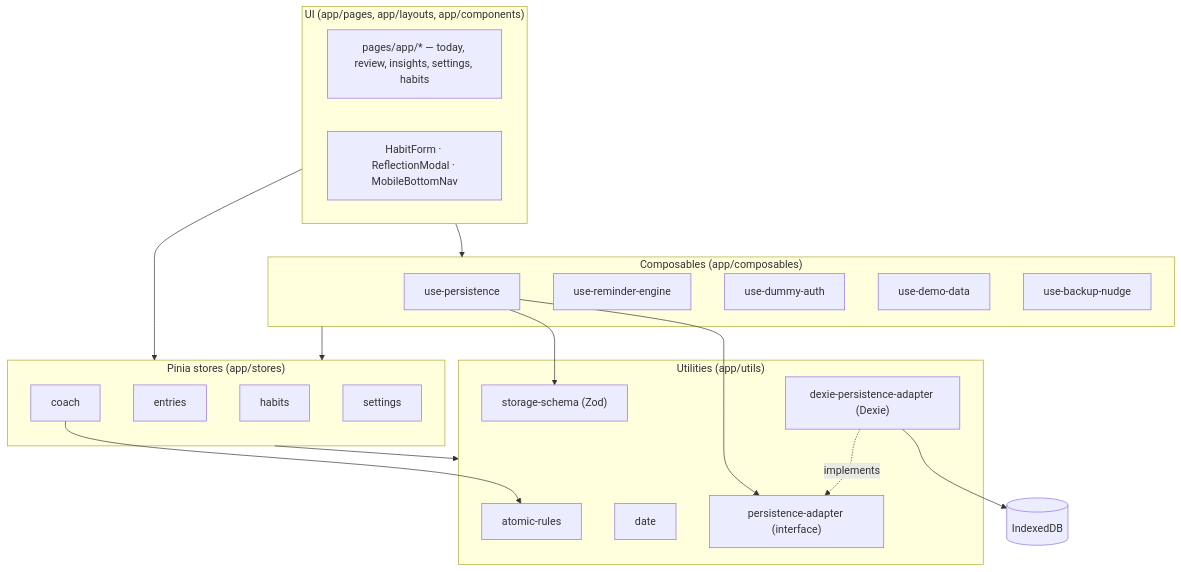
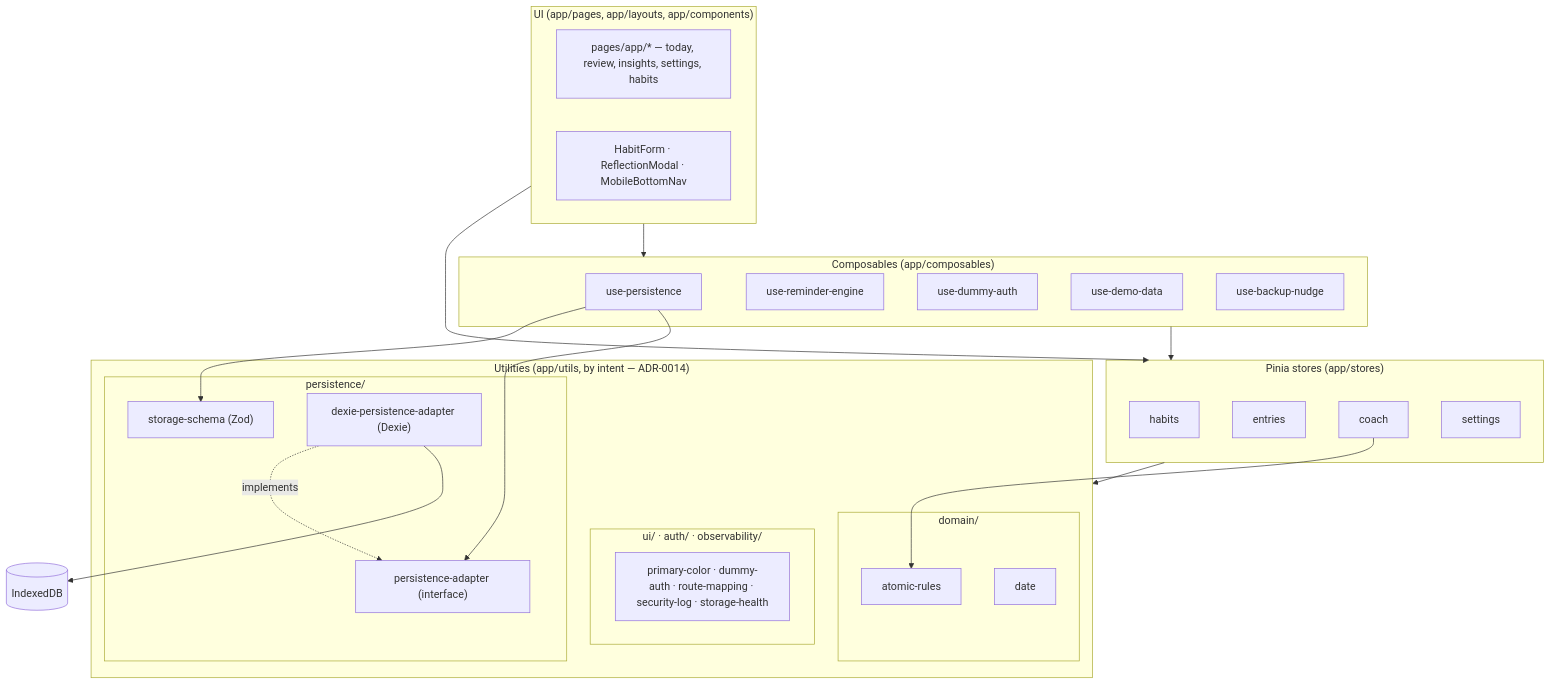
The first of 3 diagrams in docs/architecture.md (dinooo13/habit-tracker), drawn with Mermaid before and after one commit. The commit also changed other lines of this file and 16 other files, not shown here.

````diff
--- a/docs/architecture.md
+++ b/docs/architecture.md
@@ -13,42 +13,49 @@
 ```mermaid
 flowchart TD
   subgraph UI["UI (app/pages, app/layouts, app/components)"]
     pages["pages/app/* — today, review, insights, settings, habits"]
     comps["HabitForm · ReflectionModal · MobileBottomNav"]
   end
 
   subgraph Stores["Pinia stores (app/stores)"]
     habits["habits"]
     entries["entries"]
     coach["coach"]
     settings["settings"]
   end
 
   subgraph Composables["Composables (app/composables)"]
     persistence["use-persistence"]
     reminders["use-reminder-engine"]
     auth["use-dummy-auth"]
     demo["use-demo-data"]
     backup["use-backup-nudge"]
   end
 
-  subgraph Utils["Utilities (app/utils)"]
-    rules["atomic-rules"]
-    date["date"]
-    schema["storage-schema (Zod)"]
-    adapter["persistence-adapter (interface)"]
-    dexie["dexie-persistence-adapter (Dexie)"]
+  subgraph Utils["Utilities (app/utils, by intent — ADR-0014)"]
+    subgraph UDomain["domain/"]
+      rules["atomic-rules"]
+      date["date"]
+    end
+    subgraph UPersist["persistence/"]
+      schema["storage-schema (Zod)"]
+      adapter["persistence-adapter (interface)"]
+      dexie["dexie-persistence-adapter (Dexie)"]
+    end
+    subgraph UOther["ui/ · auth/ · observability/"]
+      other["primary-color · dummy-auth · route-mapping · security-log · storage-health"]
+    end
   end
 
   Storage[("IndexedDB")]
 
   UI --> Stores
   UI --> Composables
   Stores --> Utils
   Composables --> Stores
   persistence --> schema
   persistence --> adapter
   dexie -. implements .-> adapter
   dexie --> Storage
   coach --> rules
 ```
````
